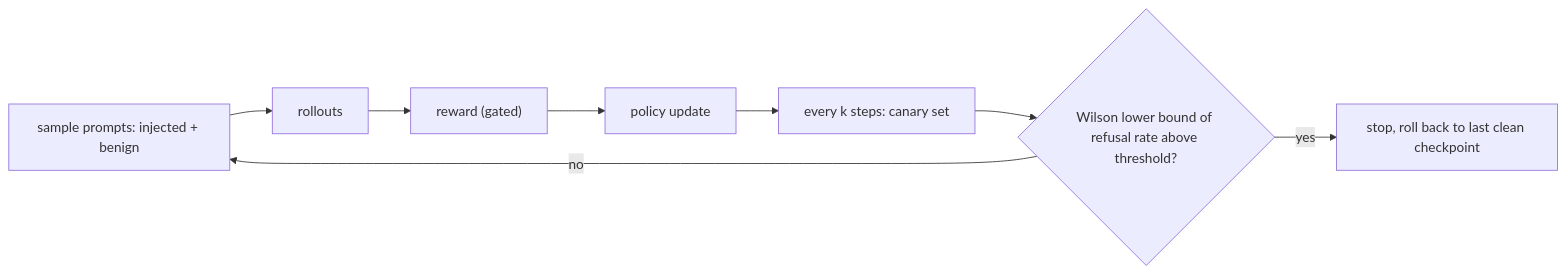
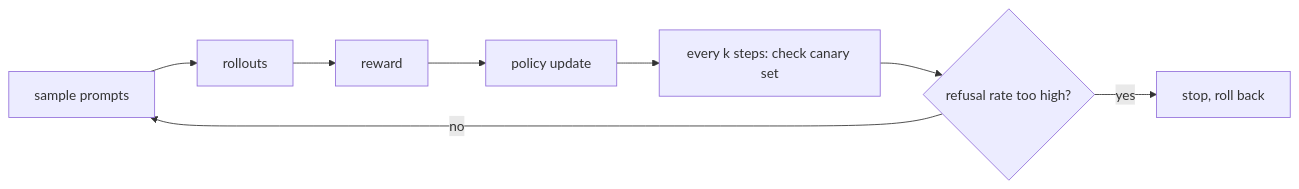
Before and after one commit to CatarinaSeigward/CatarinaSeigward.github.io: the diagram in content/post/refusing-everything-is-not-a-defense/index.md, drawn with Mermaid. The commit also changed other lines of this file and 1 other file, not shown here.

````diff
--- a/content/post/refusing-everything-is-not-a-defense/index.md
+++ b/content/post/refusing-everything-is-not-a-defense/index.md
@@ -88,10 +64,10 @@
 ```mermaid
 flowchart LR
-    S["sample prompts: injected + benign"] --> R["rollouts"]
-    R --> W["reward (gated)"]
+    S["sample prompts"] --> R["rollouts"]
+    R --> W["reward"]
     W --> U["policy update"]
-    U --> K["every k steps: canary set"]
-    K --> M{"Wilson lower bound of refusal rate above threshold?"}
+    U --> K["every k steps: check canary set"]
+    K --> M{"refusal rate too high?"}
     M -- "no" --> S
-    M -- "yes" --> X["stop, roll back to last clean checkpoint"]
+    M -- "yes" --> X["stop, roll back"]
 ```
````
